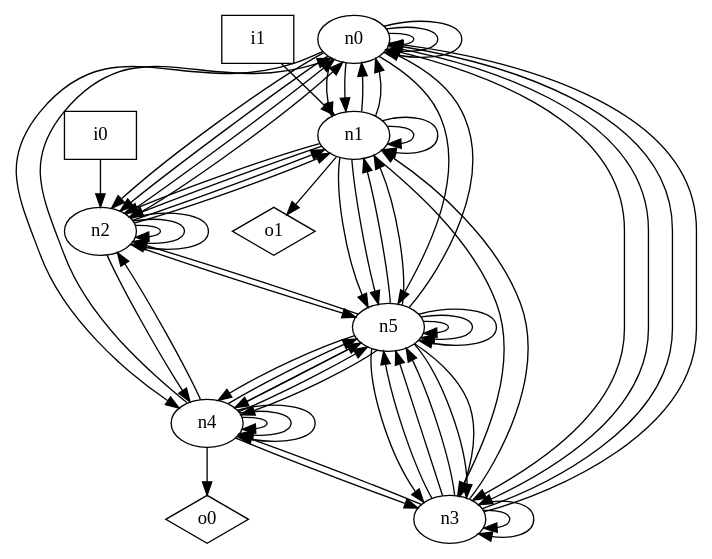
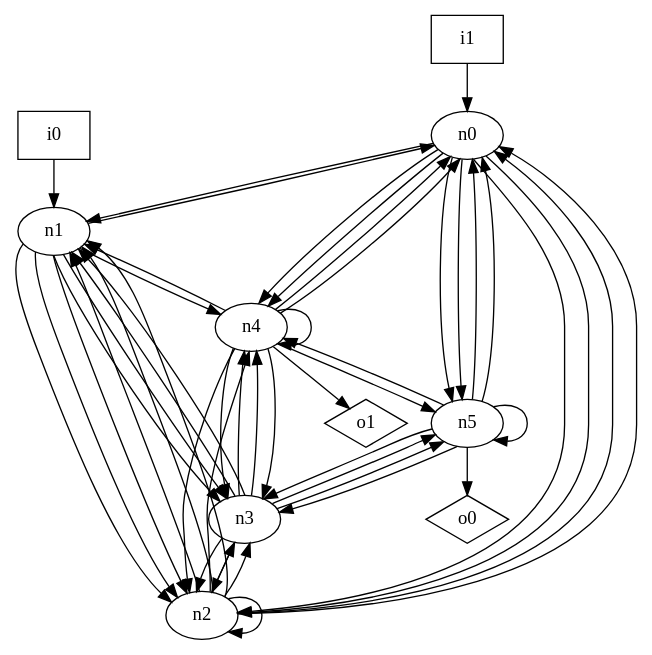
Before and after one commit to p9romain/bool-circuits: the diagram in dot_files/random/random_undirected_graph.dot, drawn with Graphviz. The commit also changed 22 other files, not shown here.

```diff
--- a/dot_files/random/random_undirected_graph.dot
+++ b/dot_files/random/random_undirected_graph.dot
@@ -1,76 +1,61 @@
 digraph G {
 n0 [label="n0"];
 n1 [label="n1"];
 n2 [label="n2"];
 n3 [label="n3"];
 n4 [label="n4"];
 n5 [label="n5"];
 n6 [label="i0",shape="box"];
 n7 [label="i1",shape="box"];
 n8 [label="o0",shape="diamond"];
 n9 [label="o1",shape="diamond"];
-n0 -> n0
-n0 -> n0
-n0 -> n0
-n0 -> n1
 n0 -> n1
 n0 -> n2
 n0 -> n2
-n0 -> n3
-n0 -> n3
+n0 -> n4
 n0 -> n4
 n0 -> n5
+n0 -> n5
 n1 -> n0
-n1 -> n0
-n1 -> n1
-n1 -> n1
+n1 -> n2
 n1 -> n2
 n1 -> n2
 n1 -> n3
-n1 -> n5
-n1 -> n5
-n1 -> n9
+n1 -> n3
+n1 -> n4
 n2 -> n0
 n2 -> n0
 n2 -> n1
 n2 -> n1
+n2 -> n1
 n2 -> n2
-n2 -> n2
-n2 -> n2
+n2 -> n3
+n2 -> n3
 n2 -> n4
-n2 -> n5
-n3 -> n0
-n3 -> n0
 n3 -> n1
-n3 -> n3
-n3 -> n3
+n3 -> n1
+n3 -> n2
+n3 -> n2
+n3 -> n4
 n3 -> n4
 n3 -> n5
 n3 -> n5
-n3 -> n5
 n4 -> n0
+n4 -> n0
+n4 -> n1
 n4 -> n2
 n4 -> n3
-n4 -> n4
-n4 -> n4
+n4 -> n3
 n4 -> n4
 n4 -> n5
-n4 -> n5
-n4 -> n5
-n4 -> n8
+n4 -> n9
 n5 -> n0
-n5 -> n1
-n5 -> n1
-n5 -> n2
-n5 -> n3
+n5 -> n0
 n5 -> n3
 n5 -> n3
 n5 -> n4
-n5 -> n4
-n5 -> n4
 n5 -> n5
-n5 -> n5
-n5 -> n5
-n6 -> n2
-n7 -> n1
+n5 -> n8
+n6 -> n1
+n7 -> n0
 }
```
